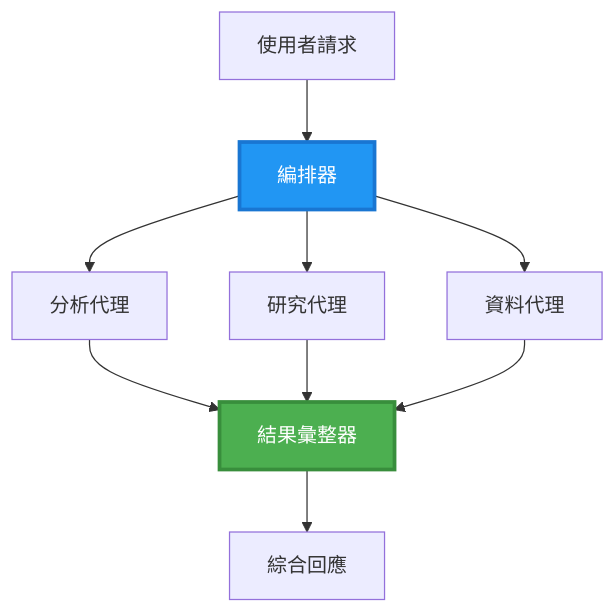
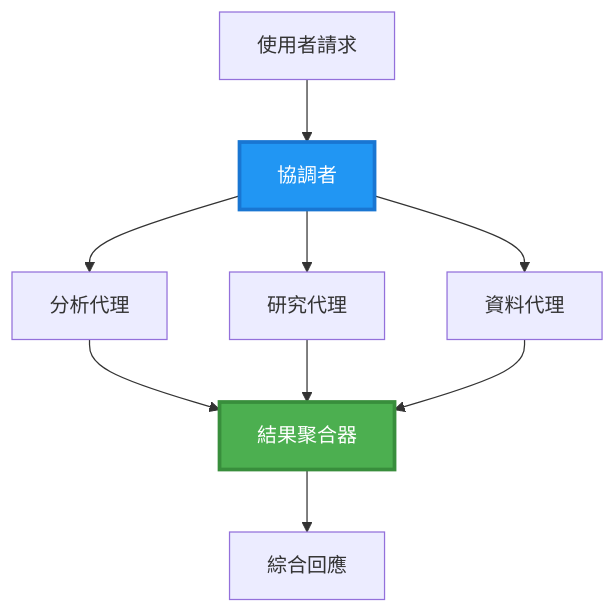
Before and after one commit to microsoft/AZD-for-beginners: the second of 6 diagrams in translations/zh-TW/docs/chapter-06-pre-deployment/coordination-patterns.md, drawn with Mermaid. The commit also changed other lines of this file and 101 other files, not shown here.

````diff
--- a/translations/zh-TW/docs/chapter-06-pre-deployment/coordination-patterns.md
+++ b/translations/zh-TW/docs/chapter-06-pre-deployment/coordination-patterns.md
@@ -106,22 +100,22 @@
 ```mermaid
 graph TB
     User[使用者請求]
-    Orchestrator[編排器]
+    Orchestrator[協調者]
     Agent1[分析代理]
     Agent2[研究代理]
     Agent3[資料代理]
-    Aggregator[結果彙整器]
+    Aggregator[結果聚合器]
     Response[綜合回應]
     
     User --> Orchestrator
     Orchestrator --> Agent1
     Orchestrator --> Agent2
     Orchestrator --> Agent3
     Agent1 --> Aggregator
     Agent2 --> Aggregator
     Agent3 --> Aggregator
     Aggregator --> Response
     
     style Orchestrator fill:#2196F3,stroke:#1976D2,stroke-width:3px,color:#fff
     style Aggregator fill:#4CAF50,stroke:#388E3C,stroke-width:3px,color:#fff
 ```
````
